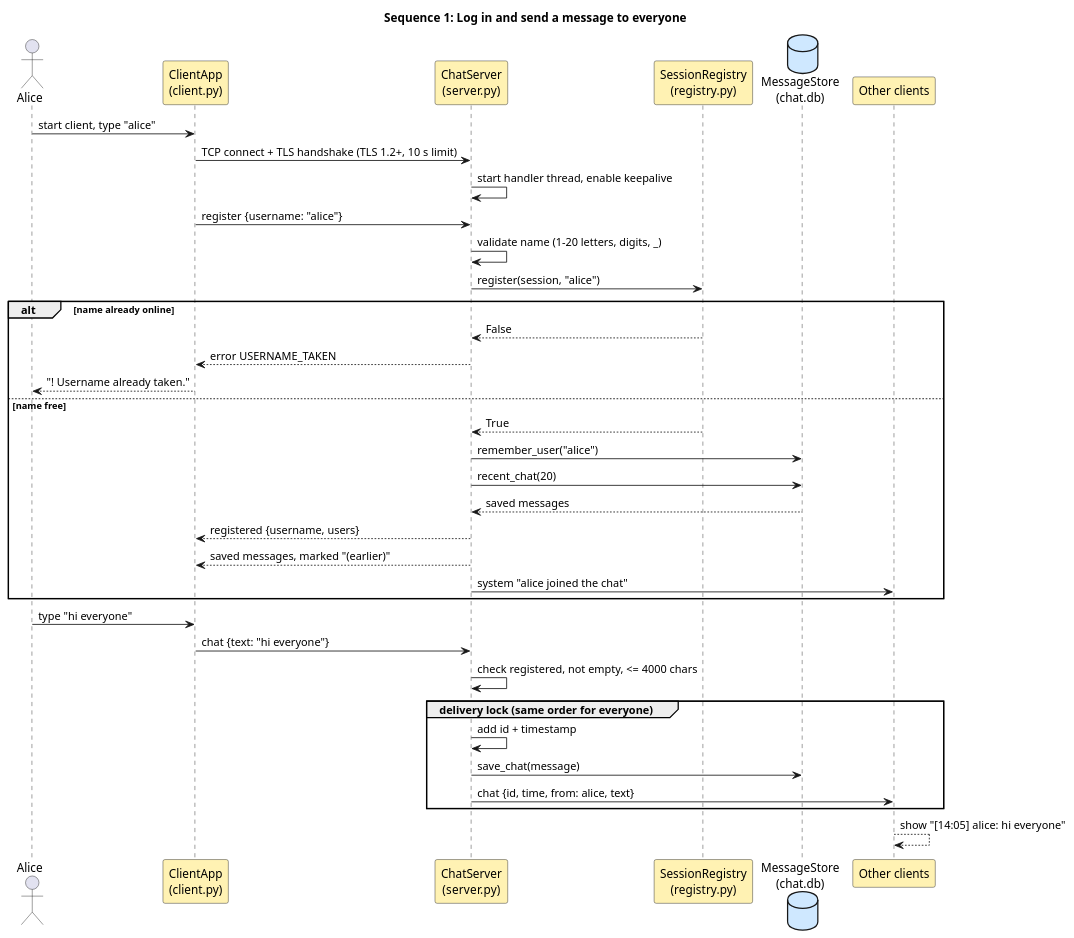
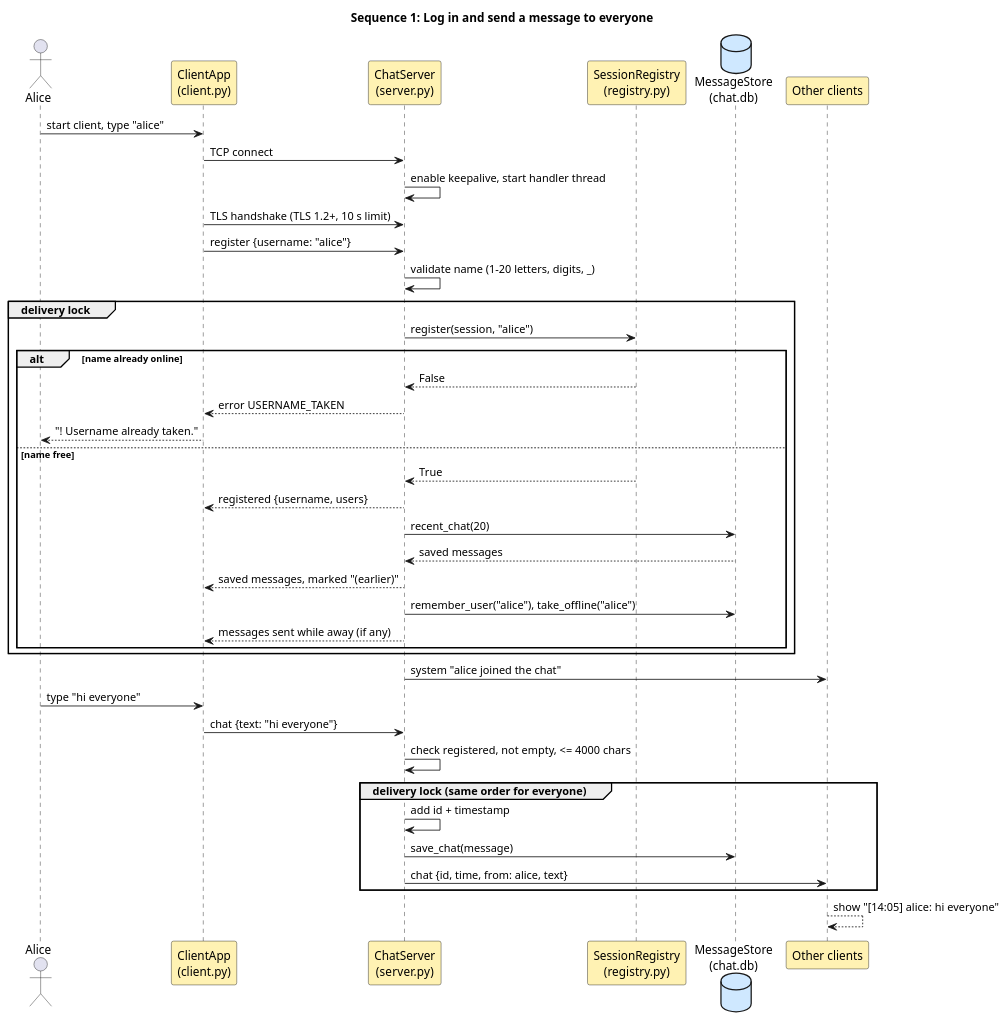
Before and after one commit to Kabir7code/Chat-application-Socket-Programming-: the diagram in Documents/diagrams/sequence_login_and_message.puml, drawn with PlantUML. The commit also changed 9 other files, not shown here.

```diff
--- a/Documents/diagrams/sequence_login_and_message.puml
+++ b/Documents/diagrams/sequence_login_and_message.puml
@@ -1,45 +1,49 @@
 @startuml
 ' Sequence diagram 1: logging in and sending a message to everyone (FR-001, FR-003, FR-011)
 title Sequence 1: Log in and send a message to everyone
 skinparam monochrome false
 skinparam shadowing false
 skinparam sequenceMessageAlign left
 skinparam ParticipantBackgroundColor #FFF2B3
 skinparam DatabaseBackgroundColor #CFE8FF
 actor Alice
 participant "ClientApp\n(client.py)" as C
 participant "ChatServer\n(server.py)" as S
 participant "SessionRegistry\n(registry.py)" as R
 database "MessageStore\n(chat.db)" as DB
 participant "Other clients" as O
 
 Alice -> C : start client, type "alice"
-C -> S : TCP connect + TLS handshake (TLS 1.2+, 10 s limit)
-S -> S : start handler thread, enable keepalive
+C -> S : TCP connect
+S -> S : enable keepalive, start handler thread
+C -> S : TLS handshake (TLS 1.2+, 10 s limit)
 C -> S : register {username: "alice"}
 S -> S : validate name (1-20 letters, digits, _)
+group delivery lock
 S -> R : register(session, "alice")
 alt name already online
   R --> S : False
   S --> C : error USERNAME_TAKEN
   C --> Alice : "! Username already taken."
 else name free
   R --> S : True
-  S -> DB : remember_user("alice")
+  S --> C : registered {username, users}
   S -> DB : recent_chat(20)
   DB --> S : saved messages
-  S --> C : registered {username, users}
   S --> C : saved messages, marked "(earlier)"
-  S -> O : system "alice joined the chat"
+  S -> DB : remember_user("alice"), take_offline("alice")
+  S --> C : messages sent while away (if any)
 end
+end
+S -> O : system "alice joined the chat"
 
 Alice -> C : type "hi everyone"
 C -> S : chat {text: "hi everyone"}
 S -> S : check registered, not empty, <= 4000 chars
 group delivery lock (same order for everyone)
   S -> S : add id + timestamp
   S -> DB : save_chat(message)
   S -> O : chat {id, time, from: alice, text}
 end
 O --> O : show "[14:05] alice: hi everyone"
 @enduml
```
